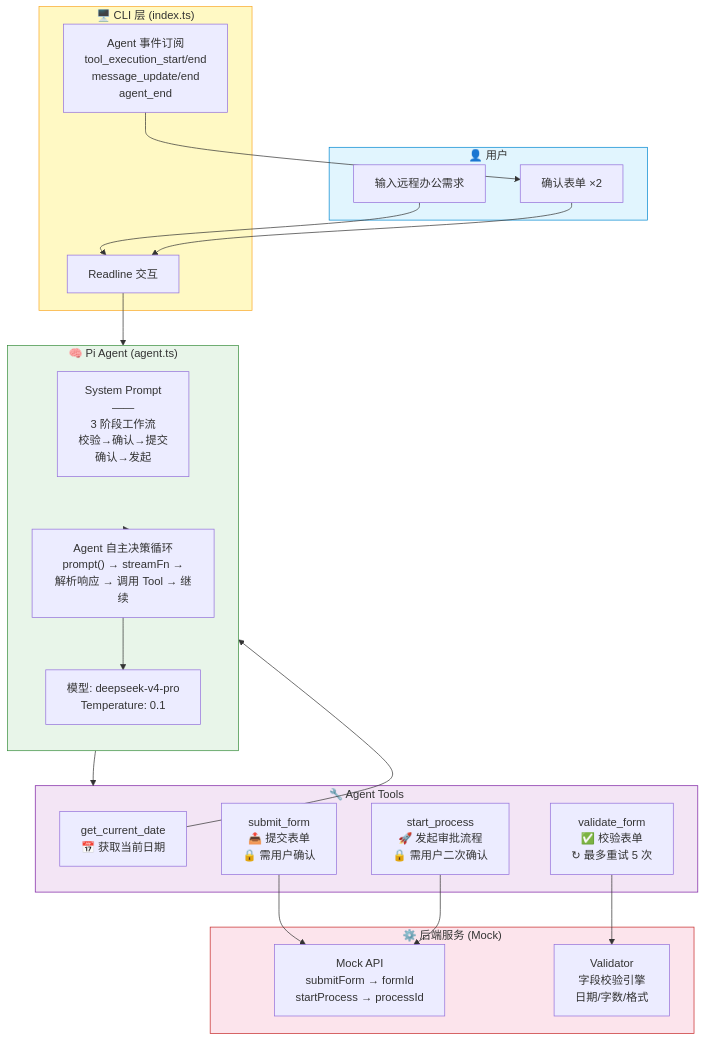
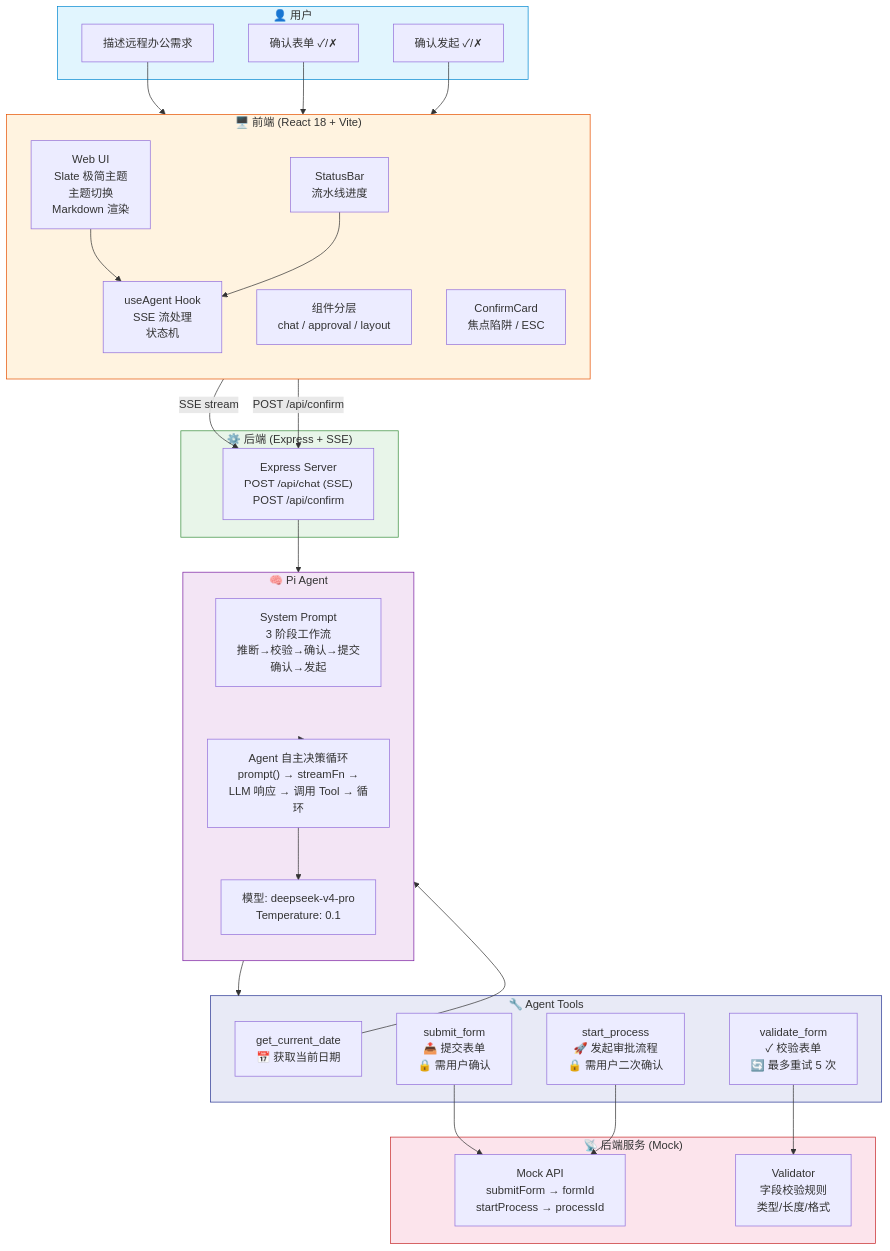
Before and after one commit to yjzaaa/leave-approval-agent: the first of 4 diagrams in docs/DESIGN.md, drawn with Mermaid. The commit also changed other lines of this file, not shown here.

Commit message:
docs: 重写设计文档 v2.1 — 前端架构、SSE 流、设计系统、确认去重

````diff
--- a/docs/DESIGN.md
+++ b/docs/DESIGN.md
@@ -11,49 +12,63 @@
 ```mermaid
 graph TB
     subgraph User["👤 用户"]
-        U1["输入远程办公需求"]
-        U2["确认表单 ×2"]
+        U1["描述远程办公需求"]
+        U2["确认表单 ✓/✗"]
+        U3["确认发起 ✓/✗"]
     end
 
-    subgraph CLI["🖥️ CLI 层 (index.ts)"]
-        Readline["Readline 交互"]
-        Subscribe["Agent 事件订阅<br/>tool_execution_start/end<br/>message_update/end<br/>agent_end"]
+    subgraph Frontend["🖥️ 前端 (React 18 + Vite)"]
+        direction TB
+        WebUI["Web UI<br/>Slate 极简主题<br/>主题切换<br/>Markdown 渲染"]
+        Components["组件分层<br/>chat / approval / layout"]
+        Hook["useAgent Hook<br/>SSE 流处理<br/>状态机"]
+        StatusBar["StatusBar<br/>流水线进度"]
+        ConfirmCard["ConfirmCard<br/>焦点陷阱 / ESC"]
     end
 
-    subgraph Agent["🧠 Pi Agent (agent.ts)"]
+    subgraph Backend["⚙️ 后端 (Express + SSE)"]
+        Server["Express Server<br/>POST /api/chat (SSE)<br/>POST /api/confirm"]
+    end
+
+    subgraph Agent["🧠 Pi Agent"]
         direction TB
-        SysPrompt["System Prompt<br/>——<br/>3 阶段工作流<br/>校验→确认→提交<br/>确认→发起"]
+        SysPrompt["System Prompt<br/>3 阶段工作流<br/>推断→校验→确认→提交<br/>确认→发起"]
         Model["模型: deepseek-v4-pro<br/>Temperature: 0.1"]
-        AgentLoop["Agent 自主决策循环<br/>prompt() → streamFn →<br/>解析响应 → 调用 Tool → 继续"]
+        AgentLoop["Agent 自主决策循环<br/>prompt() → streamFn →<br/>LLM 响应 → 调用 Tool → 循环"]
     end
 
     subgraph Tools["🔧 Agent Tools"]
         T1["get_current_date<br/>📅 获取当前日期"]
-        T2["validate_form<br/>✅ 校验表单<br/>↻ 最多重试 5 次"]
+        T2["validate_form<br/>✓ 校验表单<br/>🔄 最多重试 5 次"]
         T3["submit_form<br/>📤 提交表单<br/>🔒 需用户确认"]
         T4["start_process<br/>🚀 发起审批流程<br/>🔒 需用户二次确认"]
     end
 
-    subgraph Backend["⚙️ 后端服务 (Mock)"]
+    subgraph BackendLayer["📡 后端服务 (Mock)"]
         API["Mock API<br/>submitForm → formId<br/>startProcess → processId"]
-        Validator["Validator<br/>字段校验引擎<br/>日期/字数/格式"]
+        Validator["Validator<br/>字段校验规则<br/>类型/长度/格式"]
     end
 
-    U1 --> Readline
-    Readline --> Agent
+    U1 --> WebUI
+    WebUI --> Hook
+    Hook -->|"SSE stream"| Server
+    Server --> Agent
     Agent --> AgentLoop
     AgentLoop --> Model
     AgentLoop --> Tools
-    Subscribe --> U2
-    U2 --> Readline
+    U2 --> ConfirmCard
+    U3 --> ConfirmCard
+    ConfirmCard -->|"POST /api/confirm"| Server
+    StatusBar --> Hook
     T1 --> AgentLoop
     T2 --> Validator
     T3 --> API
     T4 --> API
 
     style User fill:#e1f5fe,stroke:#0288d1
-    style CLI fill:#fff9c4,stroke:#f9a825
-    style Agent fill:#e8f5e9,stroke:#388e3c
-    style Tools fill:#f3e5f5,stroke:#7b1fa2
-    style Backend fill:#fce4ec,stroke:#c62828
+    style Frontend fill:#fff3e0,stroke:#e65100
+    style Backend fill:#e8f5e9,stroke:#388e3c
+    style Agent fill:#f3e5f5,stroke:#7b1fa2
+    style Tools fill:#e8eaf6,stroke:#283593
+    style BackendLayer fill:#fce4ec,stroke:#c62828
 ```
````
